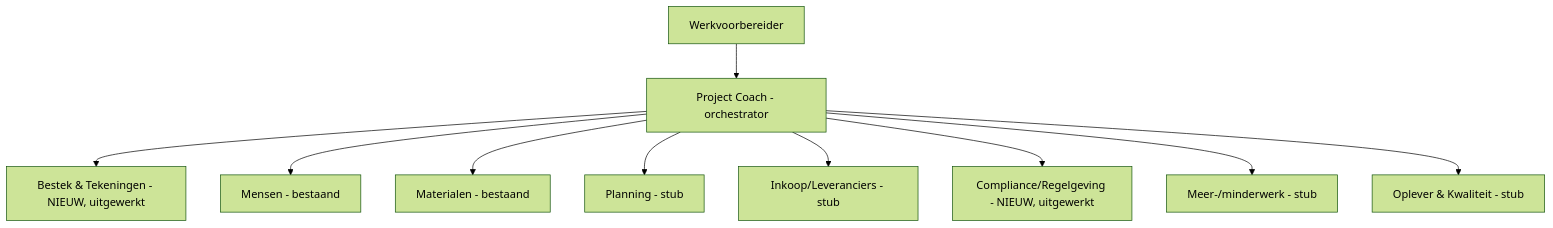
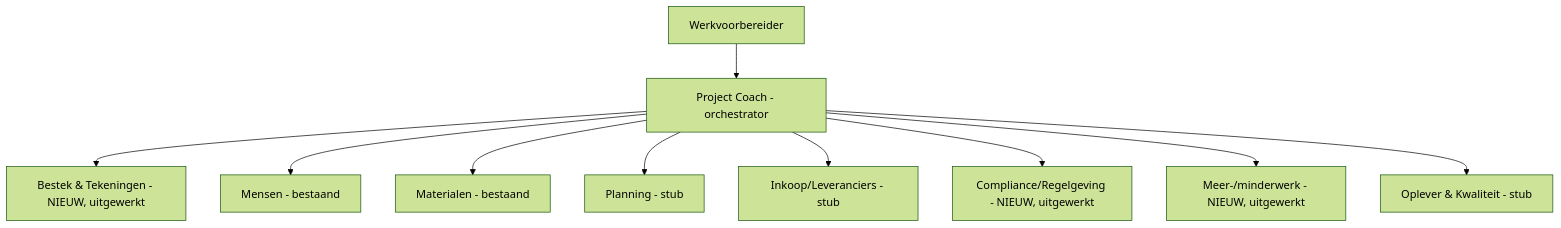
One commit to basvb1992/werkvoorbereider-agent-blueprint changed the diagram in referentie/README.md. Above: the diagram before and after it, drawn with Mermaid (forest theme). The commit also changed other lines of this file and 6 other files, not shown here.

Commit message:
Werk Meer-/minderwerk sub-agent volledig uit (3e use-case + fictieve wijzigingsverzoeken + kruisverwijzingen)

````diff
--- a/referentie/README.md
+++ b/referentie/README.md
@@ -25,12 +26,12 @@
 ```mermaid
 flowchart TD
   WVB[Werkvoorbereider] --> PC[Project Coach - orchestrator]
   PC --> BA[Bestek & Tekeningen - NIEUW, uitgewerkt]
   PC --> ME[Mensen - bestaand]
   PC --> MA[Materialen - bestaand]
   PC --> PL[Planning - stub]
   PC --> IN[Inkoop/Leveranciers - stub]
   PC --> CO[Compliance/Regelgeving - NIEUW, uitgewerkt]
-  PC --> MM[Meer-/minderwerk - stub]
+  PC --> MM[Meer-/minderwerk - NIEUW, uitgewerkt]
   PC --> OP[Oplever & Kwaliteit - stub]
 ```
````
